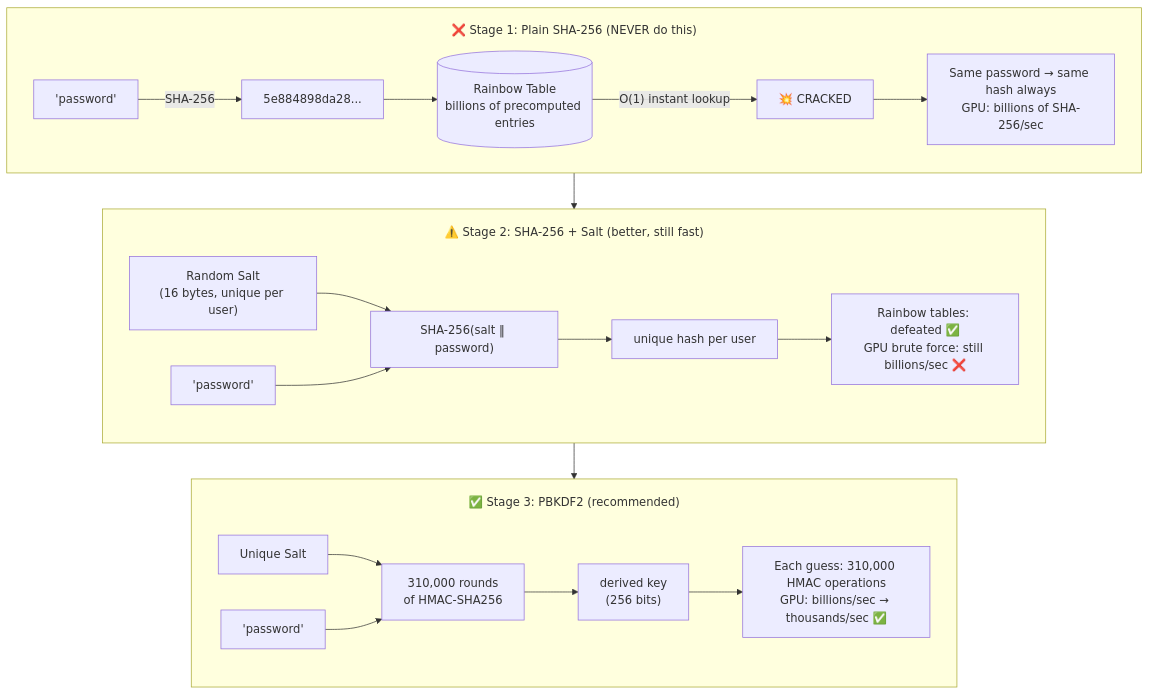
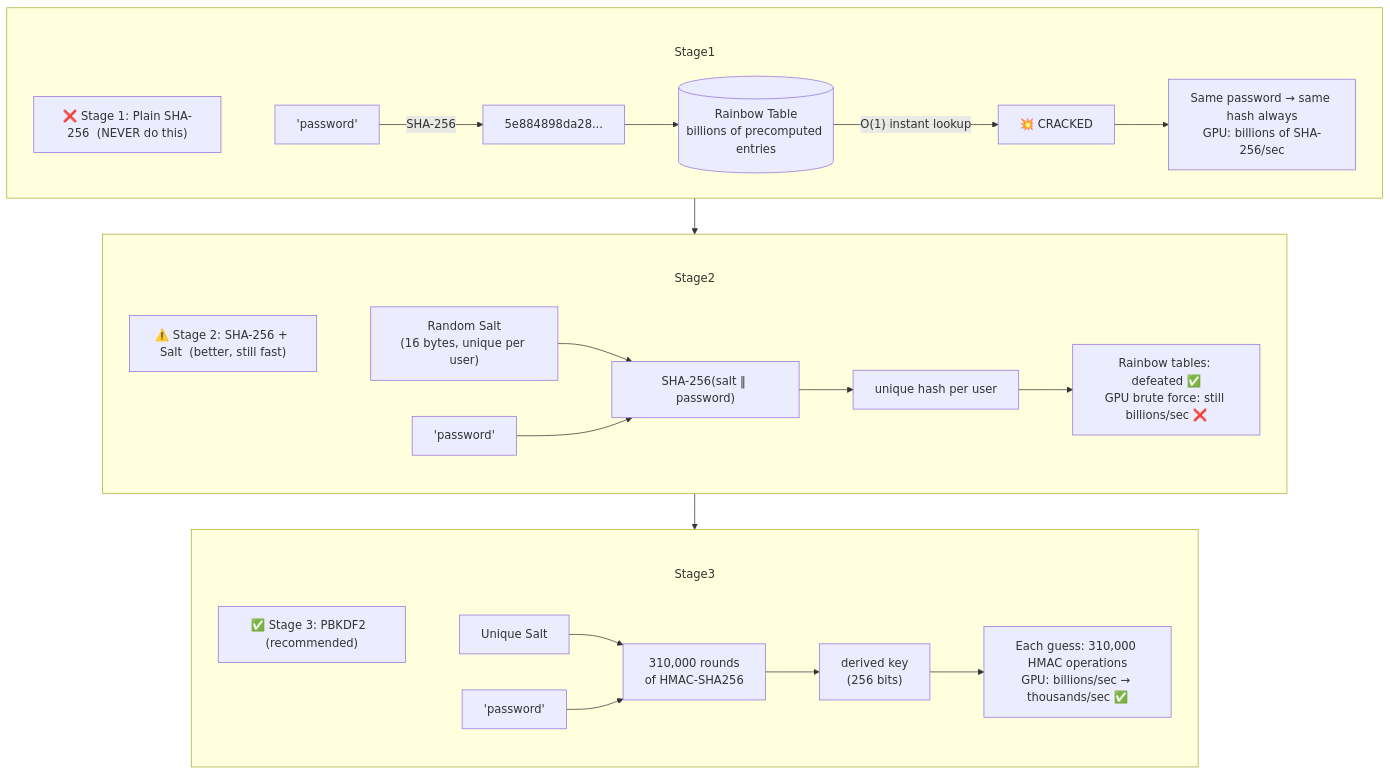
Before and after one commit to csoares/SecurityJava: the first of 4 diagrams in src/main/java/security/passwords/README.md, drawn with Mermaid. The commit also changed other lines of this file and 11 other files, not shown here.

Commit message:
Fix Mermaid subgraph title overlap by moving labels into title nodes Replace subgraph label syntax (which overlaps first node) with explicit title nodes inside each subgraph, connected via invisible edges (~~~). Also increase subGraphTitleMargin top padding from 20 to 50 for extra space.

````diff
--- a/src/main/java/security/passwords/README.md
+++ b/src/main/java/security/passwords/README.md
@@ -16,24 +16,30 @@
 ```mermaid
-%%{init: {'flowchart': {'subGraphTitleMargin': {'top': 20, 'bottom': 5}}}}%%
+%%{init: {'flowchart': {'subGraphTitleMargin': {'top': 50, 'bottom': 10}}}}%%
 flowchart TD
-    subgraph Stage1 ["❌ Stage 1: Plain SHA-256  (NEVER do this)"]
+    subgraph Stage1
+        T_Stage1["❌ Stage 1: Plain SHA-256  (NEVER do this)"]
+        T_Stage1 ~~~ P1
         P1["'password'"] -->|"SHA-256"| H1["5e884898da28..."]
         H1 --> RT[("Rainbow Table<br/>billions of precomputed entries")]
         RT -->|"O(1) instant lookup"| CRACK1["💥 CRACKED"]
         CRACK1 --> NOTE1["Same password → same hash always<br/>GPU: billions of SHA-256/sec"]
     end
 
-    subgraph Stage2 ["⚠️ Stage 2: SHA-256 + Salt  (better, still fast)"]
+    subgraph Stage2
+        T_Stage2["⚠️ Stage 2: SHA-256 + Salt  (better, still fast)"]
+        T_Stage2 ~~~ SALT2
         SALT2["Random Salt<br/>(16 bytes, unique per user)"] --> MIX["SHA-256(salt ‖ password)"]
         P2["'password'"] --> MIX --> H2["unique hash per user"]
         H2 --> NOTE2["Rainbow tables: defeated ✅<br/>GPU brute force: still billions/sec ❌"]
     end
 
-    subgraph Stage3 ["✅ Stage 3: PBKDF2  (recommended)"]
+    subgraph Stage3
+        T_Stage3["✅ Stage 3: PBKDF2  (recommended)"]
+        T_Stage3 ~~~ SALT3
         SALT3["Unique Salt"] --> SLOW["310,000 rounds<br/>of HMAC-SHA256"]
         P3["'password'"] --> SLOW --> H3["derived key<br/>(256 bits)"]
         H3 --> NOTE3["Each guess: 310,000 HMAC operations<br/>GPU: billions/sec → thousands/sec ✅"]
     end
 
     Stage1 --> Stage2 --> Stage3
 ```
````
